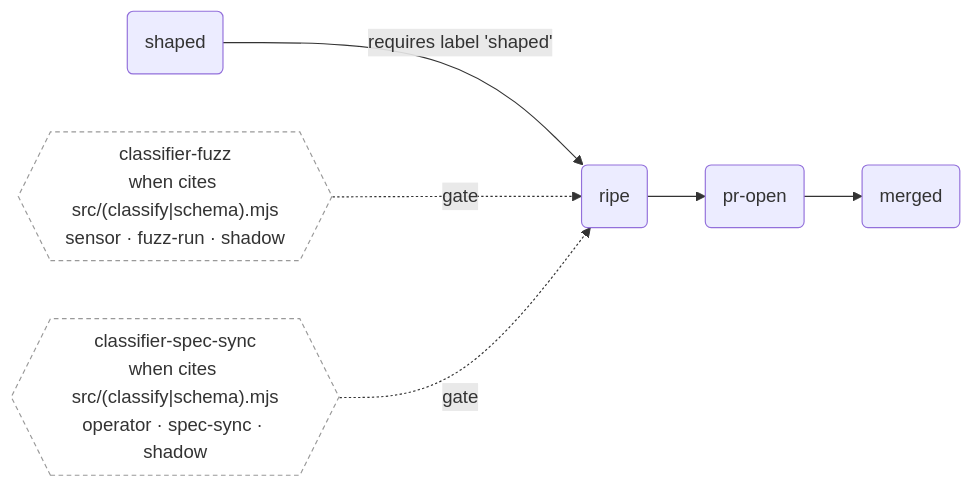
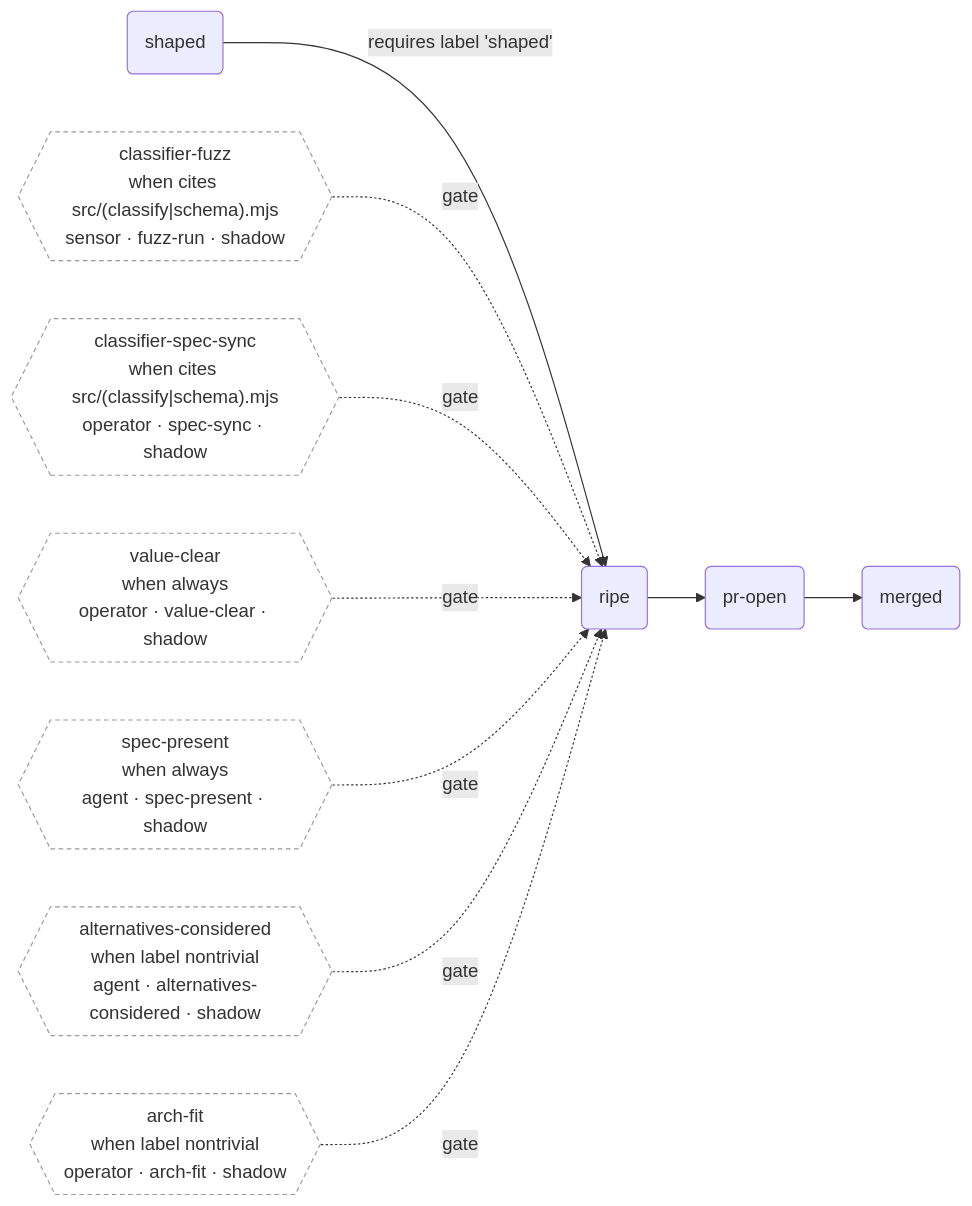
Before and after one commit to jimdowning/tiller: the first of 2 diagrams in README.md, drawn with Mermaid. The commit also changed 4 other files, not shown here.

````diff
--- a/README.md
+++ b/README.md
@@ -176,18 +176,30 @@
 ```mermaid
 graph LR
   classDef gate fill:#fff,stroke:#999,stroke-dasharray:4 3;
   classDef enforce stroke:#c00,stroke-width:2px;
   s_shaped("shaped")
   s_ripe("ripe")
   s_pr_open("pr-open")
   s_merged("merged")
   s_shaped -->|requires label 'shaped'| s_ripe
   s_ripe --> s_pr_open
   s_pr_open --> s_merged
   g_classifier_fuzz{{"classifier-fuzz<br/>when cites src/(classify|schema).mjs<br/>sensor · fuzz-run · shadow"}}
   g_classifier_fuzz -.gate.-> s_ripe
   class g_classifier_fuzz gate
   g_classifier_spec_sync{{"classifier-spec-sync<br/>when cites src/(classify|schema).mjs<br/>operator · spec-sync · shadow"}}
   g_classifier_spec_sync -.gate.-> s_ripe
   class g_classifier_spec_sync gate
+  g_value_clear{{"value-clear<br/>when always<br/>operator · value-clear · shadow"}}
+  g_value_clear -.gate.-> s_ripe
+  class g_value_clear gate
+  g_spec_present{{"spec-present<br/>when always<br/>agent · spec-present · shadow"}}
+  g_spec_present -.gate.-> s_ripe
+  class g_spec_present gate
+  g_alternatives_considered{{"alternatives-considered<br/>when label nontrivial<br/>agent · alternatives-considered · shadow"}}
+  g_alternatives_considered -.gate.-> s_ripe
+  class g_alternatives_considered gate
+  g_arch_fit{{"arch-fit<br/>when label nontrivial<br/>operator · arch-fit · shadow"}}
+  g_arch_fit -.gate.-> s_ripe
+  class g_arch_fit gate
 ```
````
